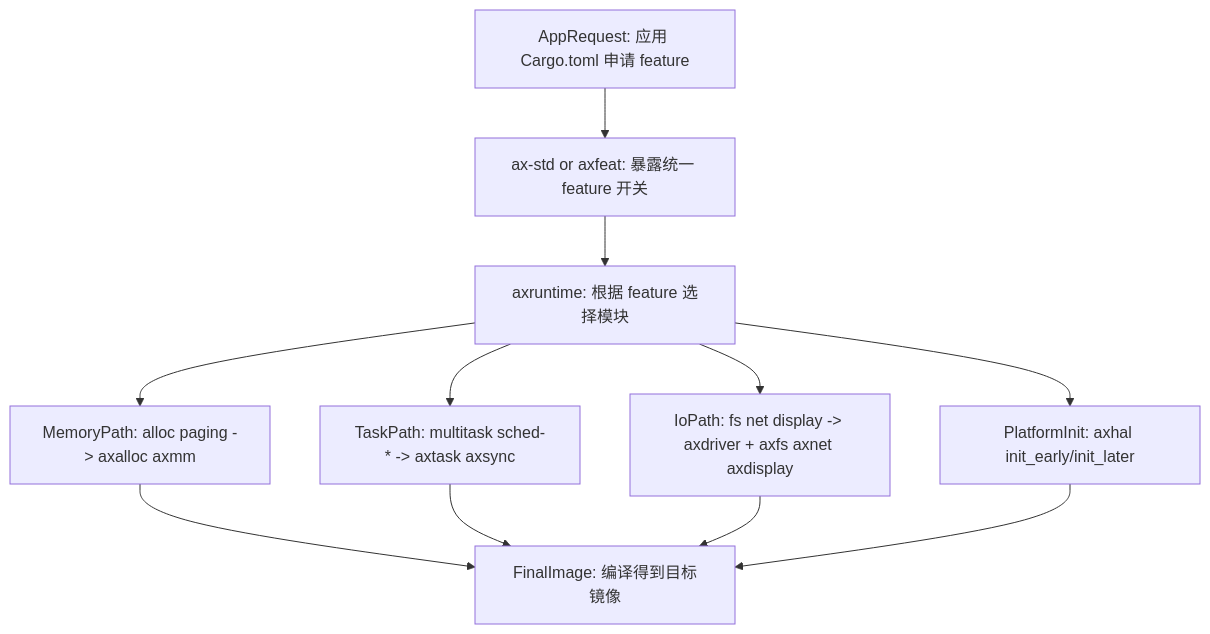
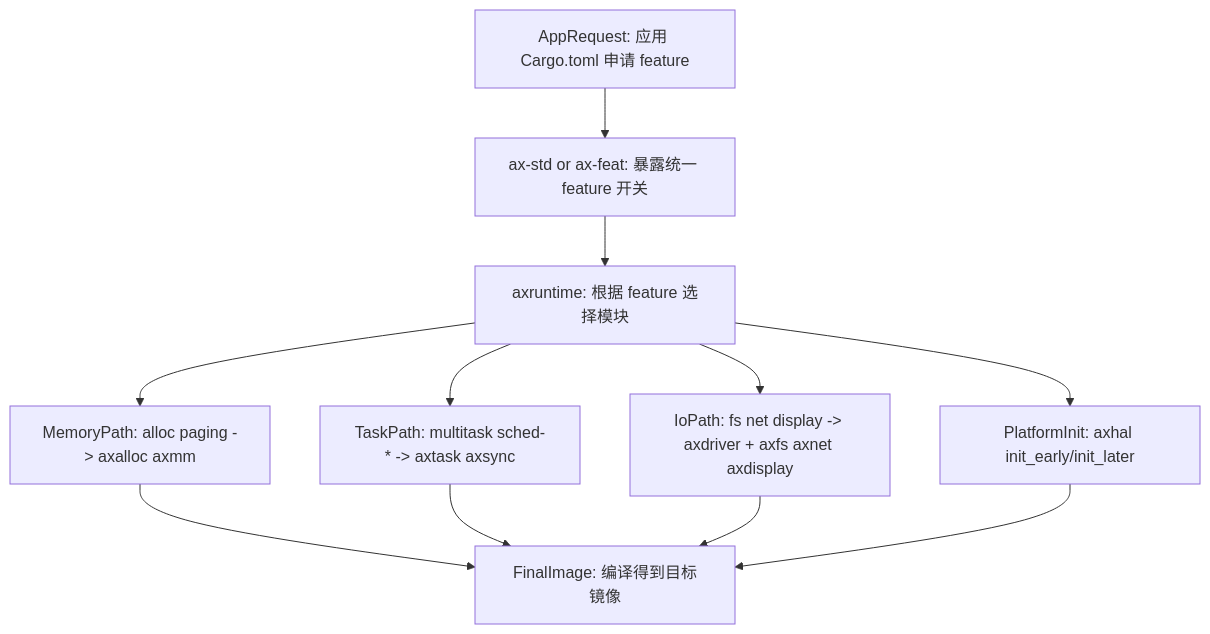
One commit to zKurisu/tgoskits changed the second of 5 diagrams in docs/arceos-internals.md. Above: the diagram before and after it, drawn with Mermaid. The commit also changed other lines of this file and 51 other files, not shown here.

````diff
--- a/docs/arceos-internals.md
+++ b/docs/arceos-internals.md
@@ -122,22 +122,22 @@
 ```mermaid
 flowchart TD
     appRequest["AppRequest: 应用 Cargo.toml 申请 feature"]
-    axstdAxfeat["ax-std or axfeat: 暴露统一 feature 开关"]
+    axstdAxfeat["ax-std or ax-feat: 暴露统一 feature 开关"]
     runtimeGate["axruntime: 根据 feature 选择模块"]
     memPath["MemoryPath: alloc paging -> axalloc axmm"]
     taskPath["TaskPath: multitask sched-* -> axtask axsync"]
     ioPath["IoPath: fs net display -> axdriver + axfs axnet axdisplay"]
     platformInit["PlatformInit: axhal init_early/init_later"]
     finalImage["FinalImage: 编译得到目标镜像"]
 
     appRequest --> axstdAxfeat
     axstdAxfeat --> runtimeGate
     runtimeGate --> memPath
     runtimeGate --> taskPath
     runtimeGate --> ioPath
     runtimeGate --> platformInit
     memPath --> finalImage
     taskPath --> finalImage
     ioPath --> finalImage
     platformInit --> finalImage
 ```
````
